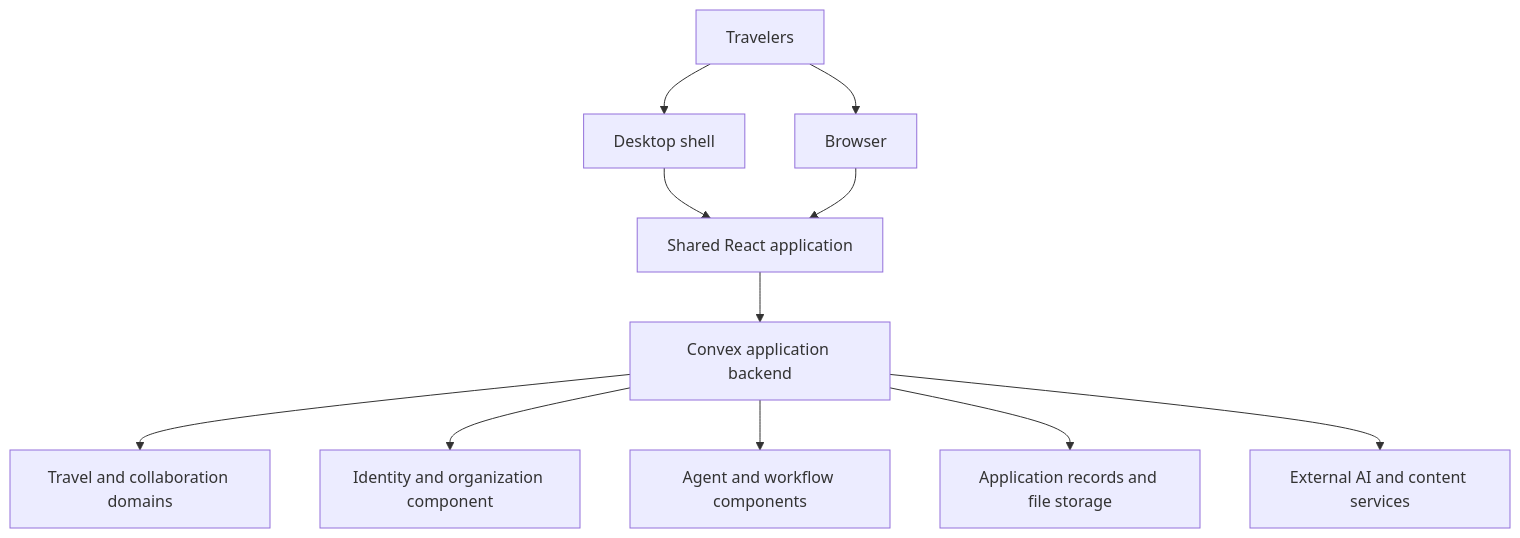
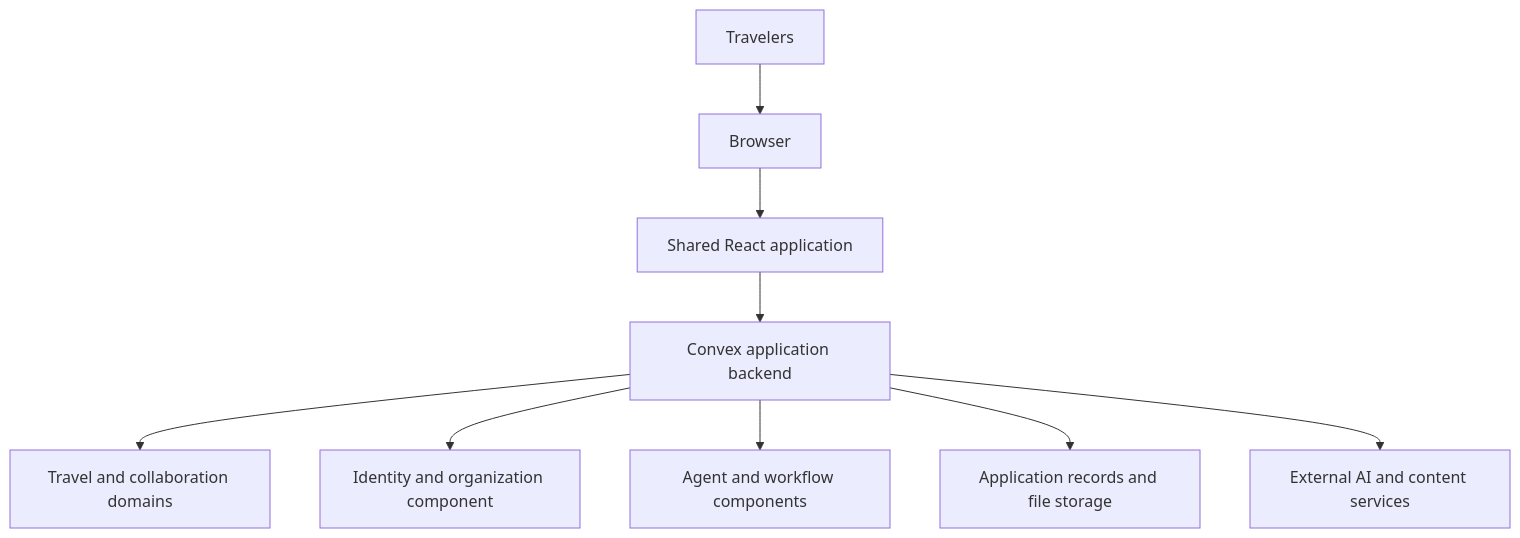
Before and after one commit to nicksan222/groam: the diagram in docs/architecture/README.md, drawn with Mermaid. The commit also changed other lines of this file and 264 other files, not shown here.

````diff
--- a/docs/architecture/README.md
+++ b/docs/architecture/README.md
@@ -9,13 +8,11 @@
 ```mermaid
 flowchart TB
   People[Travelers] --> Web[Browser]
-  People --> Desktop[Desktop shell]
-  Desktop --> SharedUI[Shared React application]
-  Web --> SharedUI
+  Web --> SharedUI[Shared React application]
   SharedUI --> Backend[Convex application backend]
   Backend --> Domain[Travel and collaboration domains]
   Backend --> Auth[Identity and organization component]
   Backend --> Execution[Agent and workflow components]
   Backend --> Storage[Application records and file storage]
   Backend --> Providers[External AI and content services]
 ```
````
